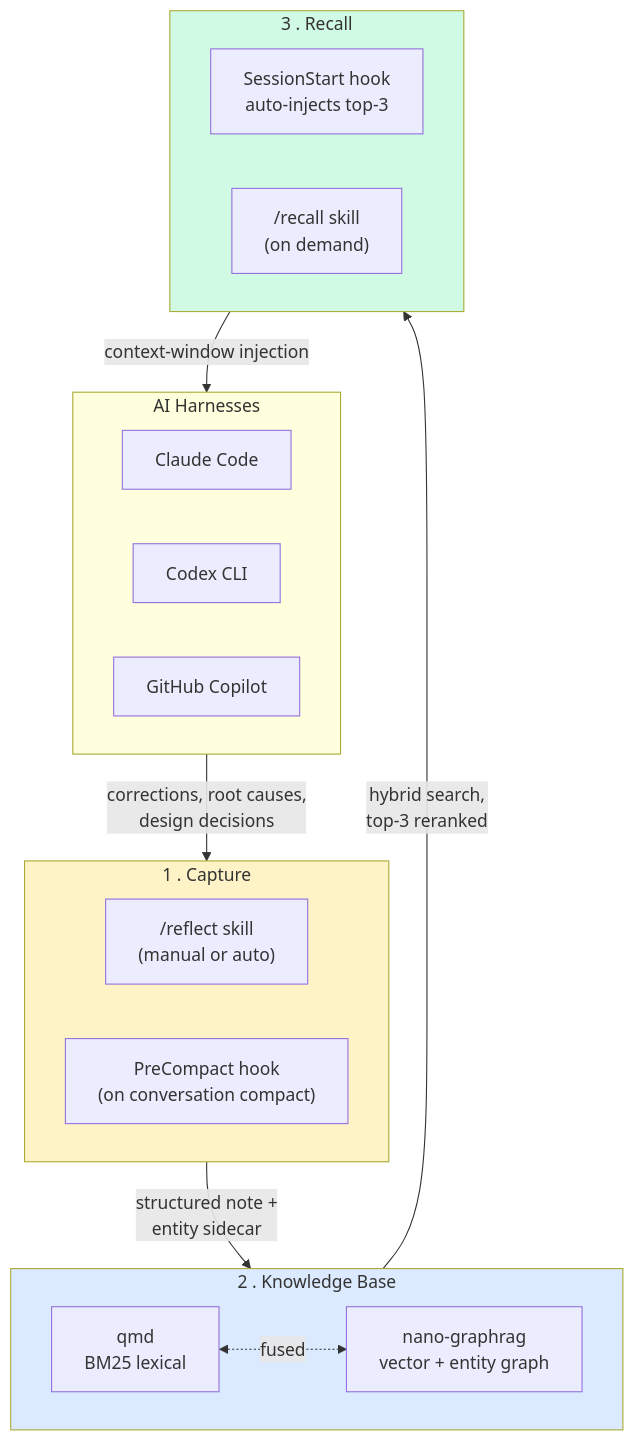
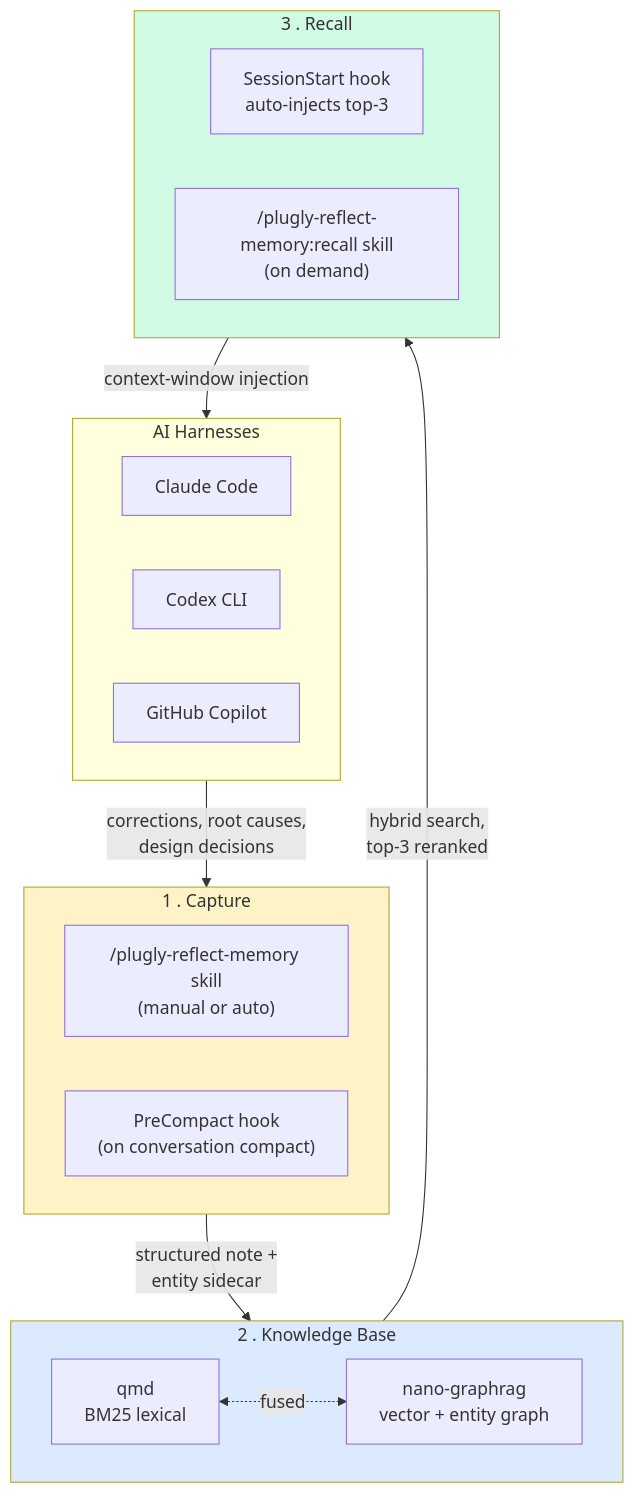
The diagram in plugin/README.md (stevengonsalvez/ainb-reflect-memory), drawn with Mermaid before and after one commit. The commit also changed other lines of this file and 12 other files, not shown here.

````diff
--- a/plugin/README.md
+++ b/plugin/README.md
@@ -43,33 +43,33 @@
 ```mermaid
 flowchart TD
     subgraph H["AI Harnesses"]
         CC["Claude Code"]
         CX["Codex CLI"]
         CP["GitHub Copilot"]
     end
 
     subgraph Capture["1 . Capture"]
-        REF["/reflect skill<br/>(manual or auto)"]
+        REF["/plugly-reflect-memory skill<br/>(manual or auto)"]
         PCH["PreCompact hook<br/>(on conversation compact)"]
     end
 
     subgraph KB["2 . Knowledge Base"]
         QMD["qmd<br/>BM25 lexical"]
         GR["nano-graphrag<br/>vector + entity graph"]
         QMD <-.fused.-> GR
     end
 
     subgraph Recall["3 . Recall"]
         SS["SessionStart hook<br/>auto-injects top-3"]
-        RS["/recall skill<br/>(on demand)"]
+        RS["/plugly-reflect-memory:recall skill<br/>(on demand)"]
     end
 
     H -->|corrections, root causes,<br/>design decisions| Capture
     Capture -->|structured note +<br/>entity sidecar| KB
     KB -->|hybrid search,<br/>top-3 reranked| Recall
     Recall -->|context-window injection| H
 
     style Capture fill:#fef3c7
     style KB fill:#dbeafe
     style Recall fill:#d1fae5
 ```
````
